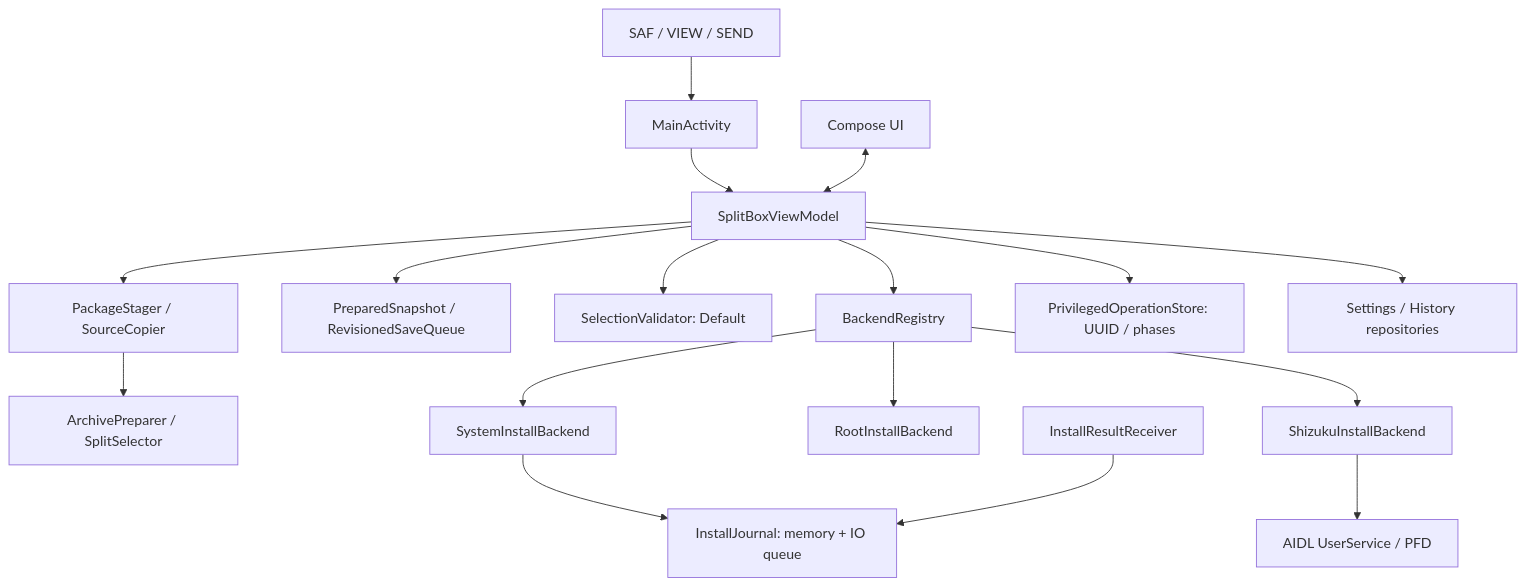
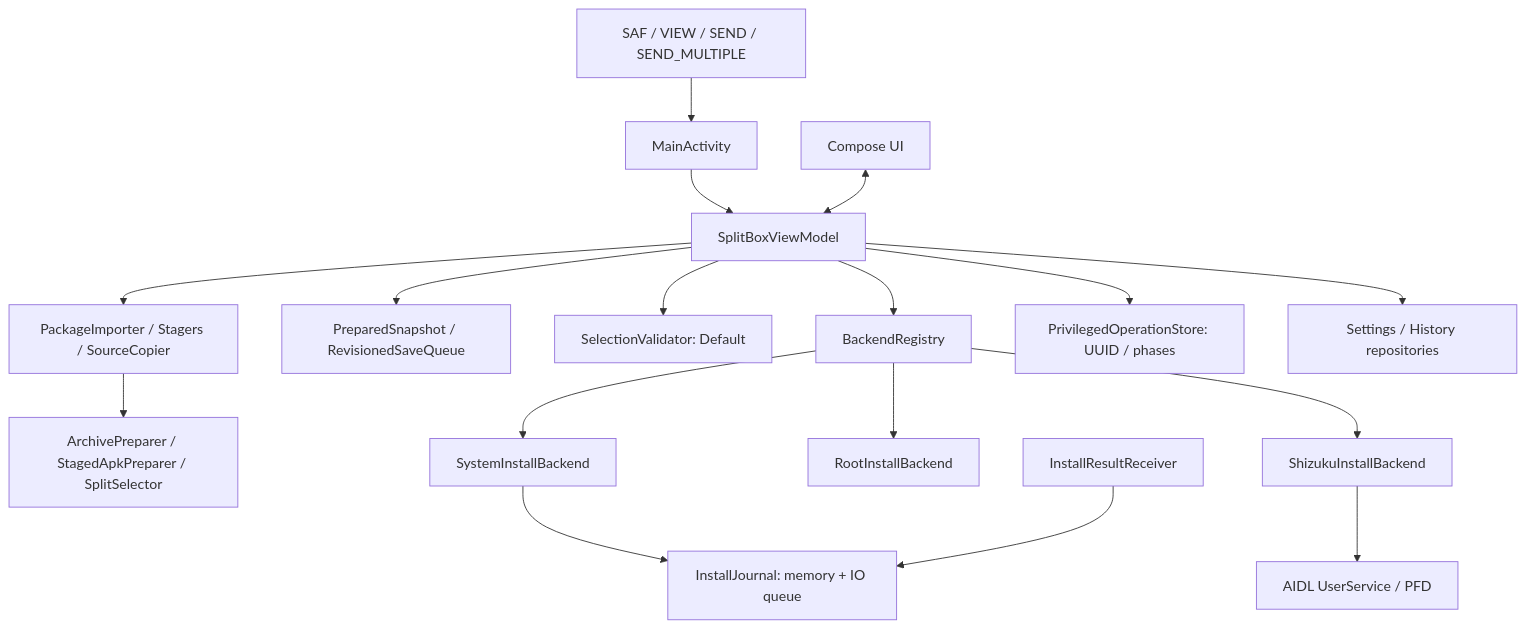
One commit to AnoY606-git/SplitBox changed the diagram in docs/ARCHITECTURE.md. Above: the diagram before and after it, drawn with Mermaid. The commit also changed other lines of this file and 10 other files, not shown here.

````diff
--- a/docs/ARCHITECTURE.md
+++ b/docs/ARCHITECTURE.md
@@ -7,19 +7,19 @@
 ```mermaid
 flowchart TD
-  URI[SAF / VIEW / SEND] --> ACT[MainActivity]
+  URI[SAF / VIEW / SEND / SEND_MULTIPLE] --> ACT[MainActivity]
   ACT --> VM[SplitBoxViewModel]
   UI[Compose UI] <--> VM
-  VM --> ST[PackageStager / SourceCopier]
-  ST --> CORE[ArchivePreparer / SplitSelector]
+  VM --> ST[PackageImporter / Stagers / SourceCopier]
+  ST --> CORE[ArchivePreparer / StagedApkPreparer / SplitSelector]
   VM --> SNAP[PreparedSnapshot / RevisionedSaveQueue]
   VM --> VALID[SelectionValidator: Default]
   VM --> REG[BackendRegistry]
   REG --> SYS[SystemInstallBackend]
   REG --> ROOT[RootInstallBackend]
   REG --> SHI[ShizukuInstallBackend]
   SHI --> BINDER[AIDL UserService / PFD]
   SYS --> JOURNAL[InstallJournal: memory + IO queue]
   RECEIVER[InstallResultReceiver] --> JOURNAL
   VM --> PRIV[PrivilegedOperationStore: UUID / phases]
   VM --> REPO[Settings / History repositories]
 ```
````
